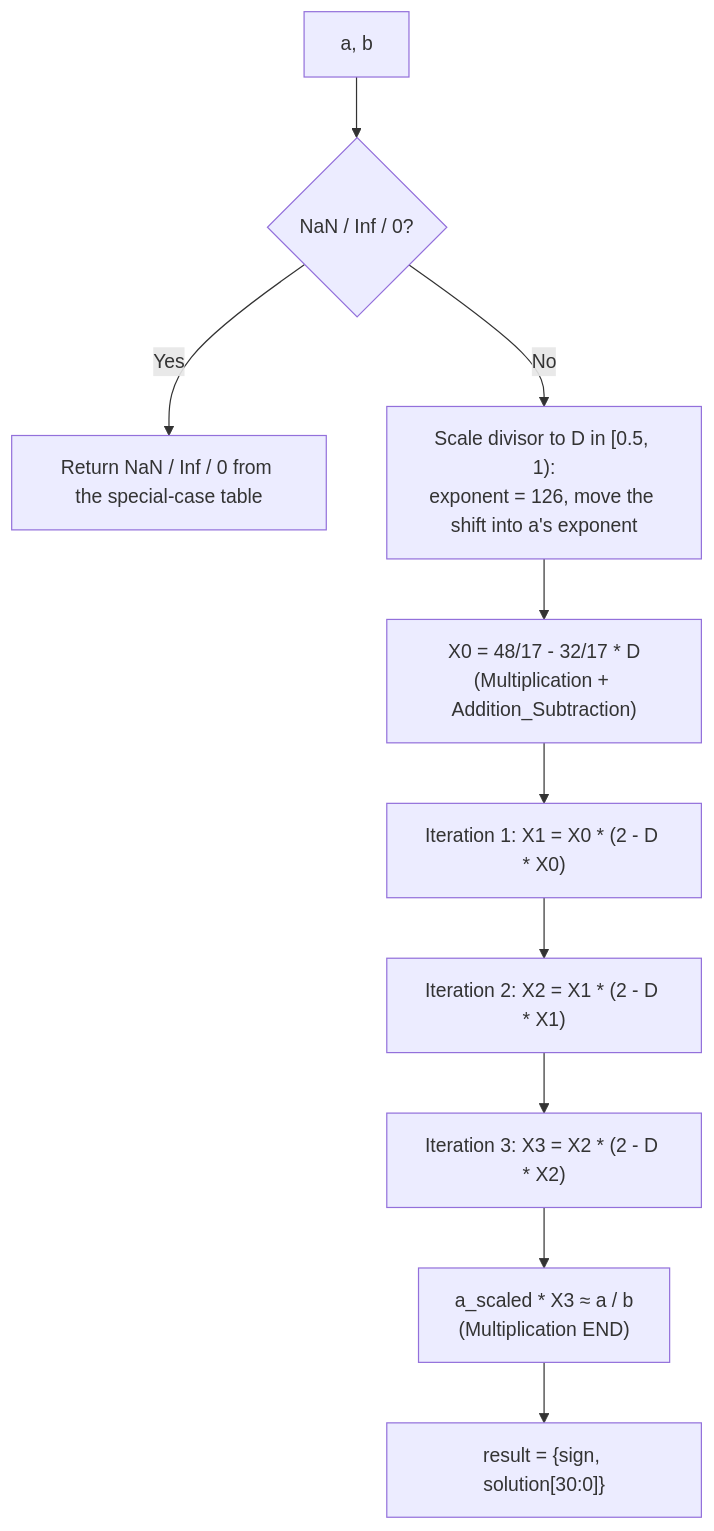
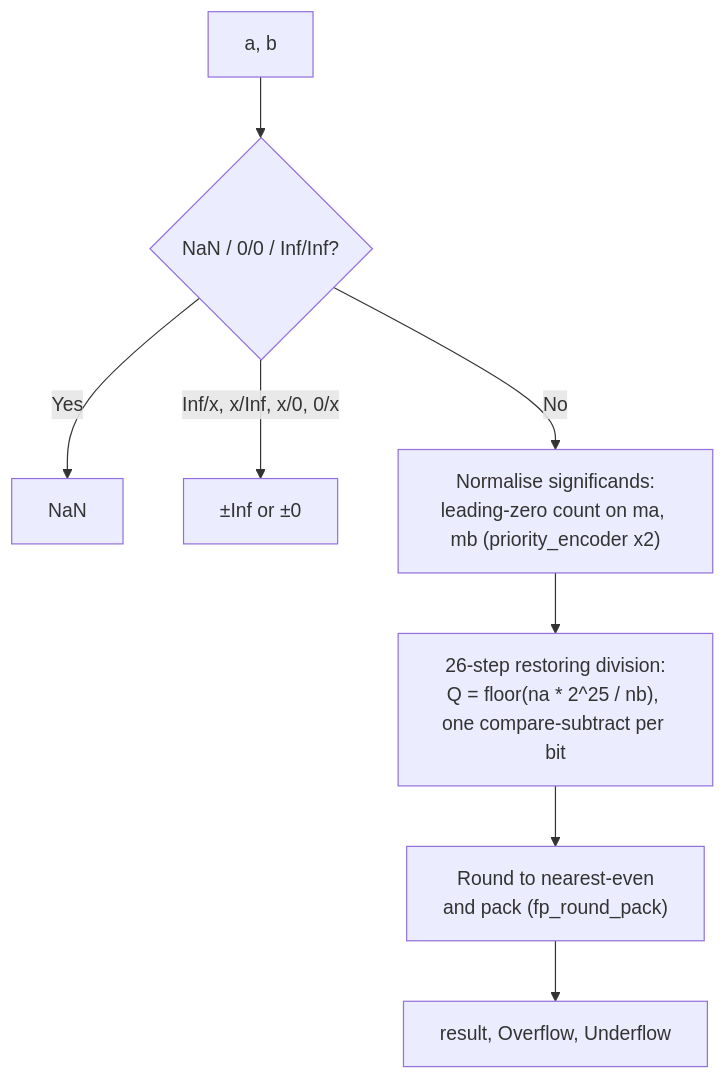
One commit to tdviet2011/ALU-PLOATING-POINT changed the fifth of 6 diagrams in README.md. Above: the diagram before and after it, drawn with Mermaid. The commit also changed other lines of this file and 16 other files, not shown here.

Commit message:
Rewrite arithmetic units for bit-exact IEEE 754, add restoring divider

````diff
--- a/README.md
+++ b/README.md
@@ -145,12 +139,10 @@
 ```mermaid
 flowchart TD
-    IN["a, b"] --> SPC{"NaN / Inf / 0?"}
-    SPC -->|Yes| SPCOUT["Return NaN / Inf / 0 from the special-case table"]
-    SPC -->|No| SCALE["Scale divisor to D in [0.5, 1):<br/>exponent = 126, move the shift into a's exponent"]
-    SCALE --> X0["X0 = 48/17 - 32/17 * D<br/>(Multiplication + Addition_Subtraction)"]
-    X0 --> I1["Iteration 1: X1 = X0 * (2 - D * X0)"]
-    I1 --> I2["Iteration 2: X2 = X1 * (2 - D * X1)"]
-    I2 --> I3["Iteration 3: X3 = X2 * (2 - D * X2)"]
-    I3 --> FIN["a_scaled * X3 ≈ a / b<br/>(Multiplication END)"]
-    FIN --> RES["result = {sign, solution[30:0]}"]
+    IN["a, b"] --> SPC{"NaN / 0/0 / Inf/Inf?"}
+    SPC -->|Yes| NAN["NaN"]
+    SPC -->|"Inf/x, x/Inf, x/0, 0/x"| TRIV["±Inf or ±0"]
+    SPC -->|No| NORM["Normalise significands:<br/>leading-zero count on ma, mb (priority_encoder x2)"]
+    NORM --> DIV26["26-step restoring division:<br/>Q = floor(na * 2^25 / nb), one compare-subtract per bit"]
+    DIV26 --> RND["Round to nearest-even<br/>and pack (fp_round_pack)"]
+    RND --> RES["result, Overflow, Underflow"]
 ```
````
